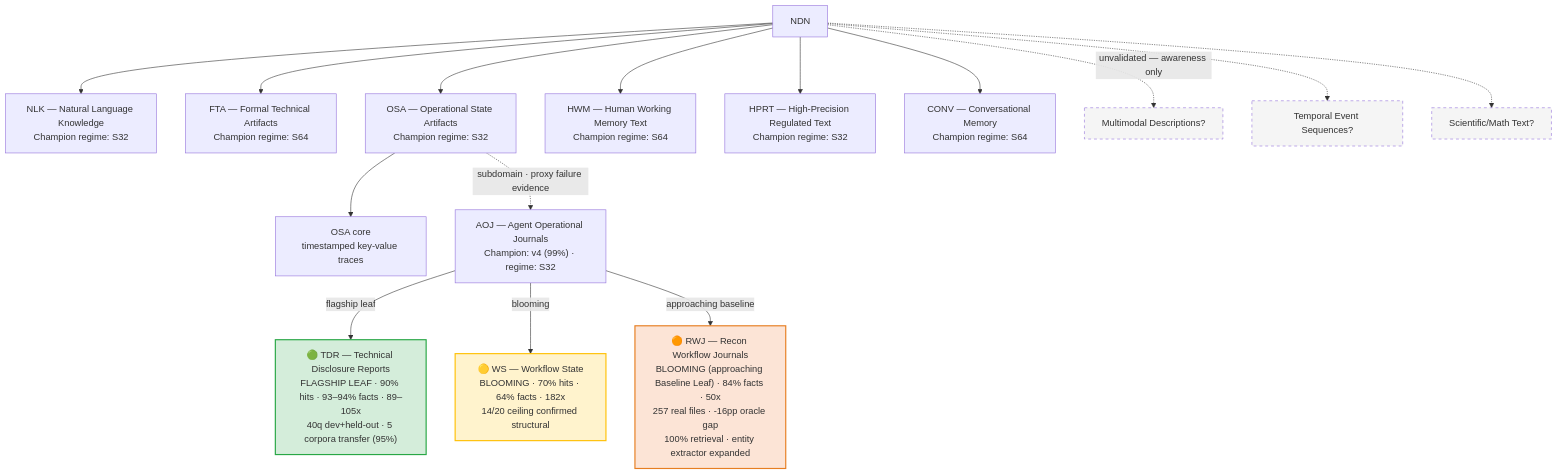
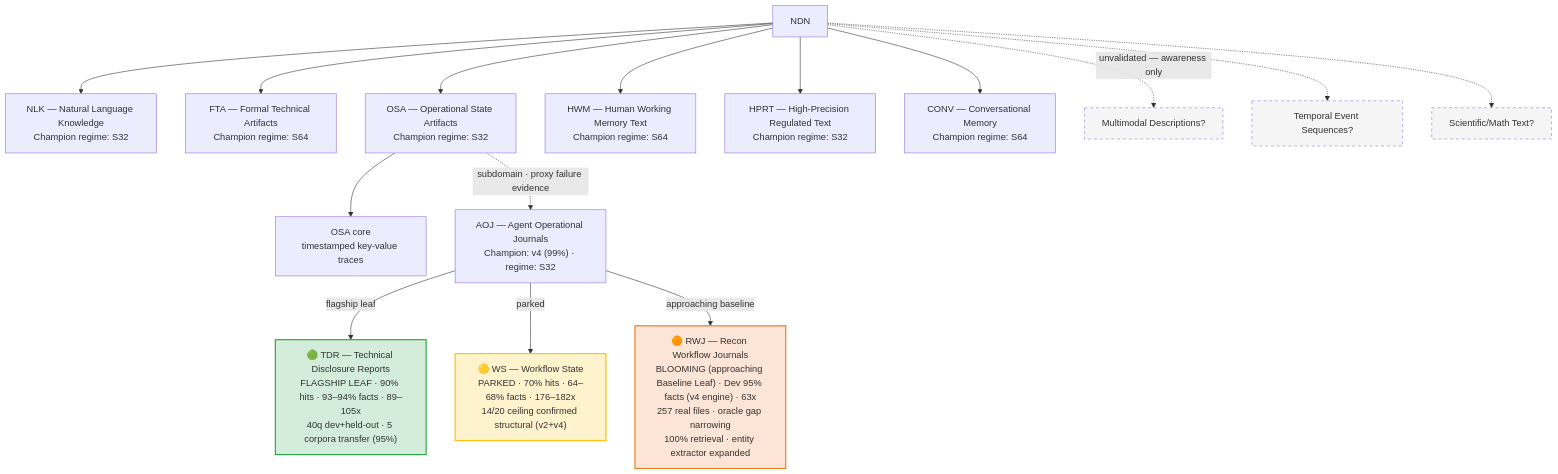
Before and after one commit to fabiocti/ndn-blueprint: the diagram in ndn_blueprint/diagrams/diagram_02_node_tree.md, drawn with Mermaid. The commit also changed other lines of this file and 13 other files, not shown here.

First line of the commit message:
audit: fix all stale claims across master branch + journal - v4 replaces v2 as champion, retrieval is bottleneck, WS is PARKED

````diff
--- a/ndn_blueprint/diagrams/diagram_02_node_tree.md
+++ b/ndn_blueprint/diagrams/diagram_02_node_tree.md
@@ -11,47 +11,47 @@
 ```mermaid
 graph TD
     NDN[NDN]
 
     NLK["NLK — Natural Language Knowledge<br/>Champion regime: S32"]
     FTA["FTA — Formal Technical Artifacts<br/>Champion regime: S64"]
     OSA["OSA — Operational State Artifacts<br/>Champion regime: S32"]
     HWM["HWM — Human Working Memory Text<br/>Champion regime: S64"]
     HPRT["HPRT — High-Precision Regulated Text<br/>Champion regime: S32"]
     CONV["CONV — Conversational Memory<br/>Champion regime: S64"]
 
     OSA_CORE["OSA core<br/>timestamped key-value traces"]
     AOJ["AOJ — Agent Operational Journals<br/>Champion: v4 (99%) · regime: S32"]
 
     TDR["🟢 TDR — Technical Disclosure Reports<br/>FLAGSHIP LEAF · 90% hits · 93–94% facts · 89–105x<br/>40q dev+held-out · 5 corpora transfer (95%)"]
-    WS["🟡 WS — Workflow State<br/>BLOOMING · 70% hits · 64% facts · 182x<br/>14/20 ceiling confirmed structural"]
-    RWJ["🟠 RWJ — Recon Workflow Journals<br/>BLOOMING (approaching Baseline Leaf) · 84% facts · 50x<br/>257 real files · -16pp oracle gap<br/>100% retrieval · entity extractor expanded"]
+    WS["🟡 WS — Workflow State<br/>PARKED · 70% hits · 64–68% facts · 176–182x<br/>14/20 ceiling confirmed structural (v2+v4)"]
+    RWJ["🟠 RWJ — Recon Workflow Journals<br/>BLOOMING (approaching Baseline Leaf) · Dev 95% facts (v4 engine) · 63x<br/>257 real files · oracle gap narrowing<br/>100% retrieval · entity extractor expanded"]
 
     FUTURE1["Multimodal Descriptions?"]
     FUTURE2["Temporal Event Sequences?"]
     FUTURE3["Scientific/Math Text?"]
 
     NDN --> NLK
     NDN --> FTA
     NDN --> OSA
     NDN --> HWM
     NDN --> HPRT
     NDN --> CONV
 
     OSA --> OSA_CORE
     OSA -.->|"subdomain · proxy failure evidence"| AOJ
 
     AOJ -->|"flagship leaf"| TDR
-    AOJ -->|"blooming"| WS
+    AOJ -->|"parked"| WS
     AOJ -->|"approaching baseline"| RWJ
 
     NDN -.->|"unvalidated — awareness only"| FUTURE1
     NDN -.-> FUTURE2
     NDN -.-> FUTURE3
 
     style TDR fill:#d4edda,stroke:#28a745,stroke-width:2px
     style WS fill:#fff3cd,stroke:#ffc107,stroke-width:2px
     style RWJ fill:#fce4d6,stroke:#e67e22,stroke-width:2px
     style FUTURE1 fill:#f5f5f5,stroke-dasharray: 5 5
     style FUTURE2 fill:#f5f5f5,stroke-dasharray: 5 5
     style FUTURE3 fill:#f5f5f5,stroke-dasharray: 5 5
 ```
````
